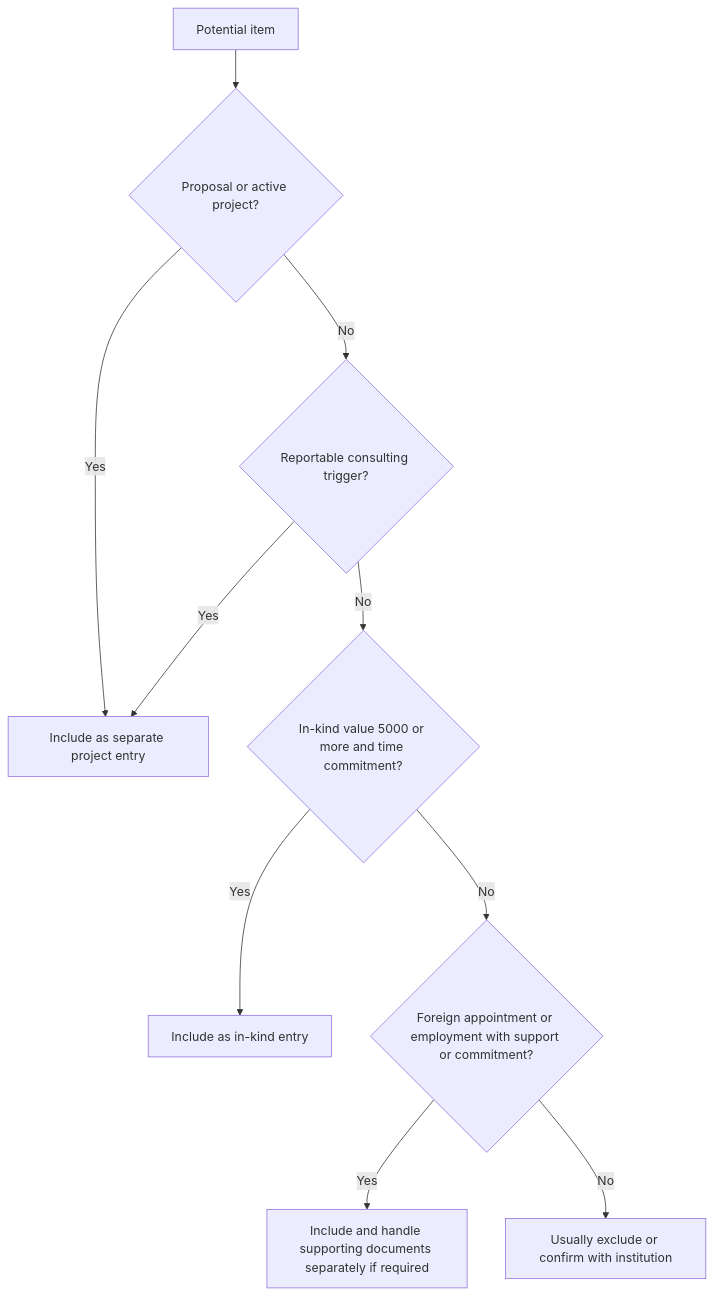
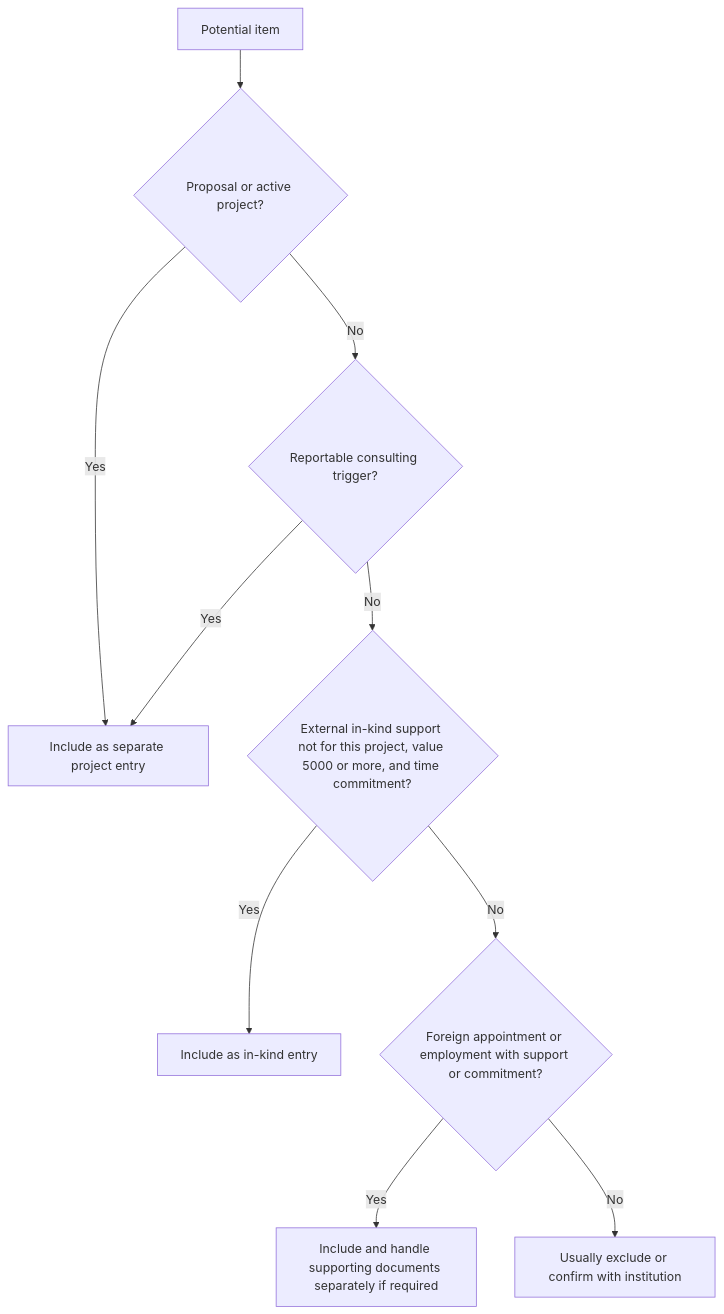
One commit to FritscheLab/nih-sciencv-playbook changed the diagram in docs/other-support/what-to-include.md. Above: the diagram before and after it, drawn with Mermaid. The commit also changed other lines of this file and 60 other files, not shown here.

````diff
--- a/docs/other-support/what-to-include.md
+++ b/docs/other-support/what-to-include.md
@@ -53,14 +53,14 @@
 ```mermaid
 flowchart TD
     accTitle: CPOS include or exclude check
     accDescr: A practical CPOS disclosure check routes projects, consulting, in-kind contributions, foreign appointments, and common exclusions.
     A["Potential item"] --> B{"Proposal or active project?"}
     B -- "Yes" --> C["Include as separate project entry"]
     B -- "No" --> D{"Reportable consulting trigger?"}
     D -- "Yes" --> C
-    D -- "No" --> E{"In-kind value 5000 or more and time commitment?"}
+    D -- "No" --> E{"External in-kind support not for this project, value 5000 or more, and time commitment?"}
     E -- "Yes" --> F["Include as in-kind entry"]
     E -- "No" --> G{"Foreign appointment or employment with support or commitment?"}
     G -- "Yes" --> H["Include and handle supporting documents separately if required"]
     G -- "No" --> I["Usually exclude or confirm with institution"]
 ```
````
